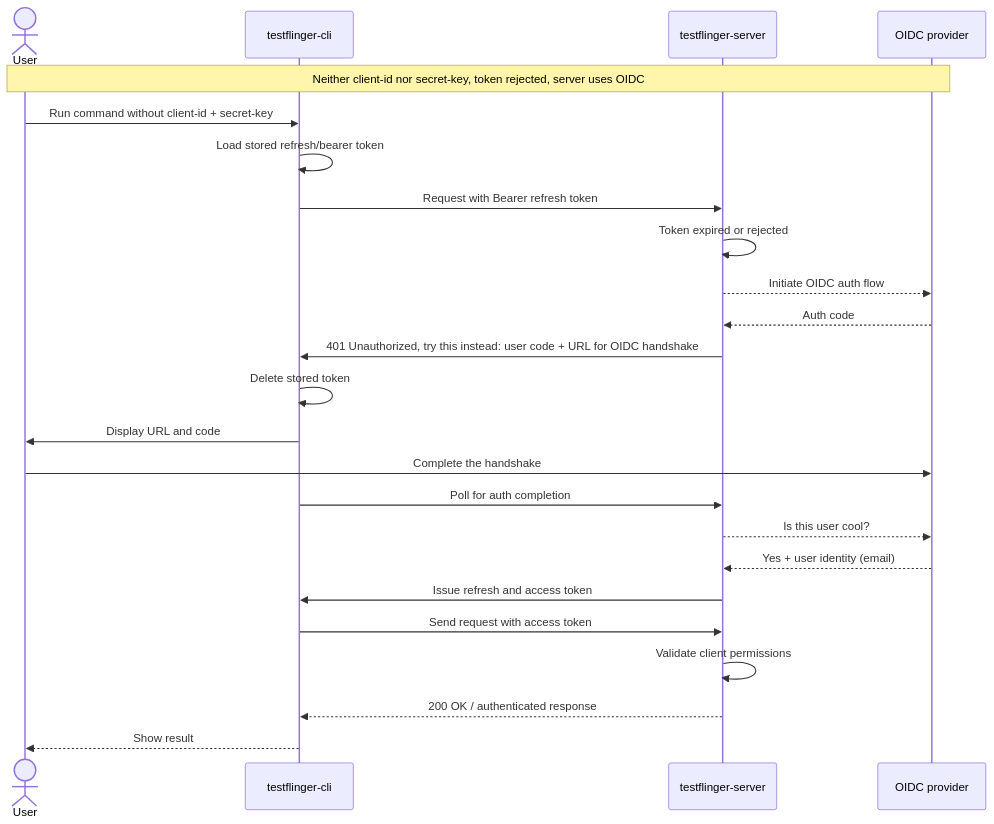
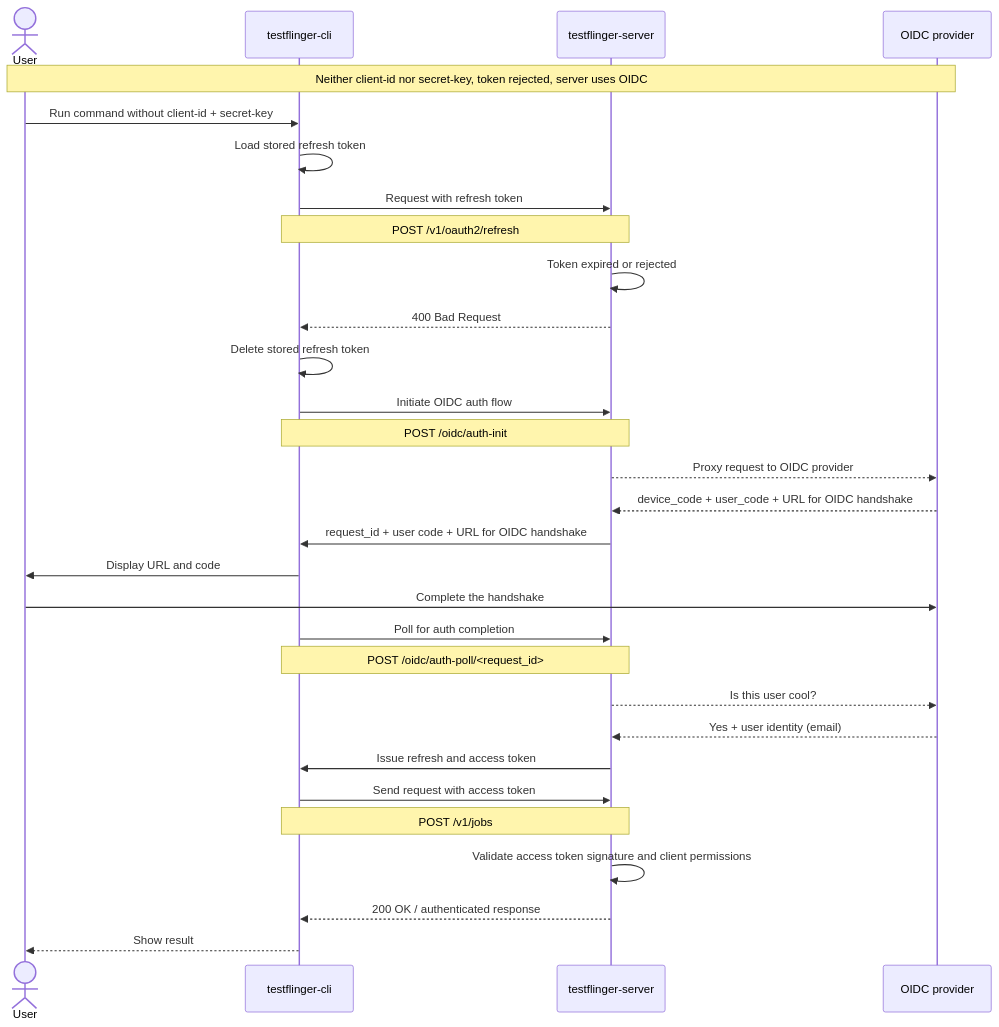
Before and after one commit to canonical/testflinger: the fourth of 7 diagrams in docs/explanation/authentication.rst, drawn with Mermaid. The commit also changed other lines of this file, not shown here.

```diff
--- a/docs/explanation/authentication.rst
+++ b/docs/explanation/authentication.rst
@@ -115,30 +124,36 @@
 .. mermaid::
     :alt: Sequence diagram showing a refresh token being rejected and the server initiating OIDC process
     :caption: Sequence diagram showing a refresh token being rejected and the server initiating OIDC process
     :align: center
 
     sequenceDiagram
         actor User
         participant CLI as testflinger-cli
         participant Server as testflinger-server
         participant OIDC as OIDC provider
 
         Note over User,OIDC: Neither client-id nor secret-key, token rejected, server uses OIDC
         User->>CLI: Run command without client-id + secret-key
-        CLI->>CLI: Load stored refresh/bearer token
-        CLI->>Server: Request with Bearer refresh token
+        CLI->>CLI: Load stored refresh token
+        CLI->>Server: Request with refresh token
+        Note over CLI,Server: POST /v1/oauth2/refresh
         Server->>Server: Token expired or rejected
-        Server-->>OIDC: Initiate OIDC auth flow
-        OIDC-->>Server: Auth code
-        Server->>CLI: 401 Unauthorized, try this instead: user code + URL for OIDC handshake
-        CLI->>CLI: Delete stored token
+        Server-->>CLI: 400 Bad Request
+        CLI->>CLI: Delete stored refresh token
+        CLI->>Server: Initiate OIDC auth flow
+        Note over CLI,Server: POST /oidc/auth-init
+        Server-->>OIDC: Proxy request to OIDC provider
+        OIDC-->>Server: device_code + user_code + URL for OIDC handshake
+        Server->>CLI: request_id + user code + URL for OIDC handshake
         CLI->>User: Display URL and code
         User->>OIDC: Complete the handshake
         CLI->>Server: Poll for auth completion
+        Note over CLI,Server: POST /oidc/auth-poll/<request_id>
         Server-->>OIDC: Is this user cool?
         OIDC-->>Server: Yes + user identity (email)
         Server->>CLI: Issue refresh and access token
         CLI->>Server: Send request with access token
-        Server->>Server: Validate client permissions
+        Note over CLI,Server: POST /v1/jobs
+        Server->>Server: Validate access token signature and client permissions
         Server-->>CLI: 200 OK / authenticated response
         CLI-->>User: Show result
```
